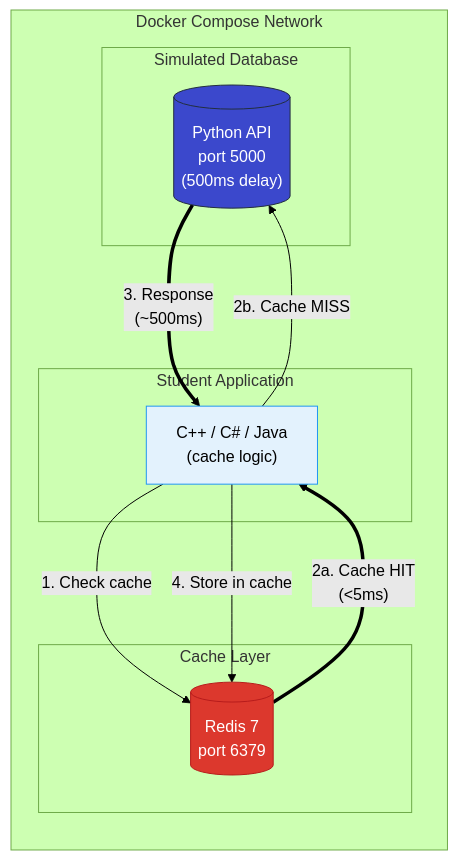
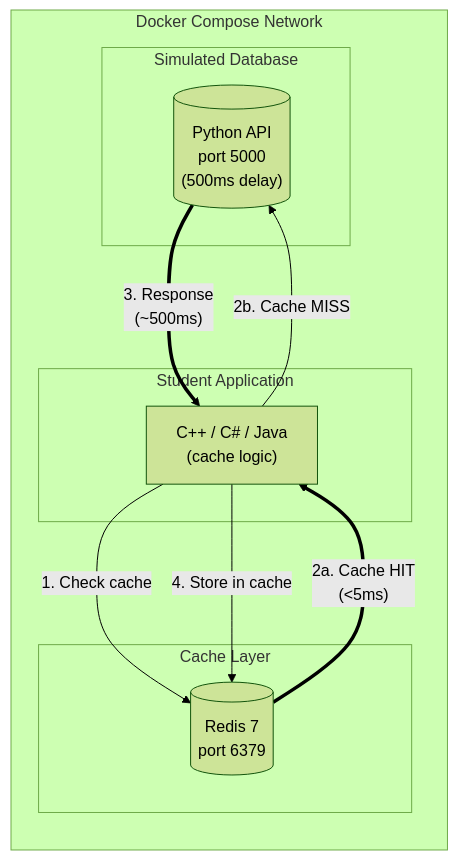
One commit to gamaware/system-design-course changed the first of 5 diagrams in 11-caching/README.md. Above: the diagram before and after it, drawn with Mermaid (forest theme). The commit also changed 6 other files, not shown here.

Commit message:
fix: remove inline colors to respect beautiful-mermaid theme

````diff
--- a/11-caching/README.md
+++ b/11-caching/README.md
@@ -66,32 +66,24 @@
 ```mermaid
 graph LR
     subgraph Docker ["Docker Compose Network"]
         subgraph Student ["Student Application"]
             APP["C++ / C# / Java<br>(cache logic)"]
         end
 
         subgraph Cache ["Cache Layer"]
             REDIS[("Redis 7<br>port 6379")]
         end
 
         subgraph Origin ["Simulated Database"]
             BACKEND[("Python API<br>port 5000<br>(500ms delay)")]
         end
     end
 
     %% Cache-aside data flow
     APP -->|"1. Check cache"| REDIS
     REDIS ==>|"2a. Cache HIT<br>(<5ms)"| APP
     APP -->|"2b. Cache MISS"| BACKEND
     BACKEND ==>|"3. Response<br>(~500ms)"| APP
     APP -->|"4. Store in cache"| REDIS
 
-    %% Class definitions
-    classDef cache fill:#DC382D,stroke:#B71C1C,color:#fff
-    classDef db fill:#3b48cc,stroke:#232f3e,color:#fff
-    classDef service fill:#E3F2FD,stroke:#2196F3
-
-    class REDIS cache
-    class BACKEND db
-    class APP service
 ```
````
